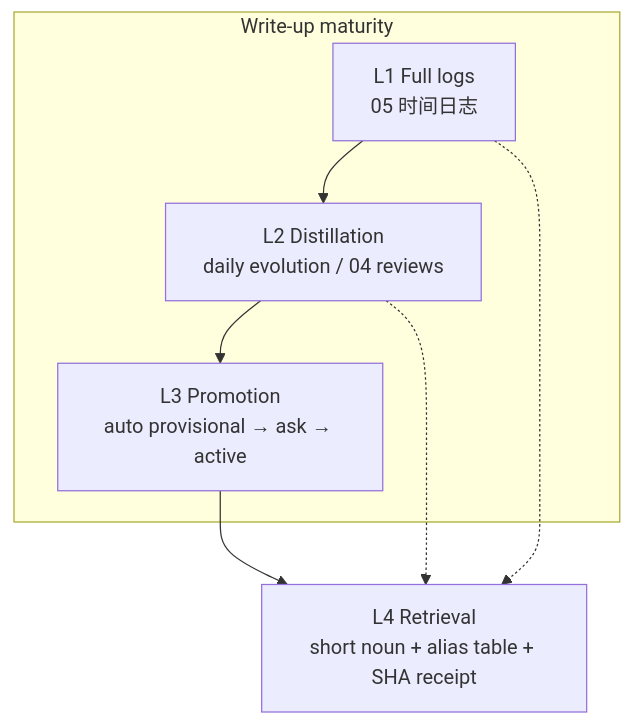
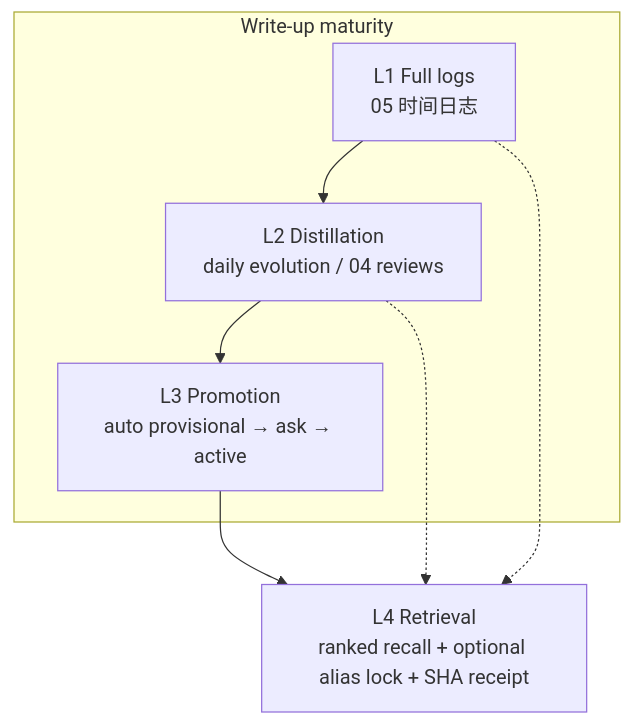
One commit to 398894496-arch/DSH-KRouter changed the diagram in docs/ARCHITECTURE.md. Above: the diagram before and after it, drawn with Mermaid. The commit also changed other lines of this file and 5 other files, not shown here.

First line of the commit message:
Docs: describe retrieval as it is (ranked recall first, optional alias lock); FOR-AGENTS common misreadings

````diff
--- a/docs/ARCHITECTURE.md
+++ b/docs/ARCHITECTURE.md
@@ -35,13 +35,13 @@
 ```mermaid
 flowchart TB
   subgraph write ["Write-up maturity"]
     L1["L1 Full logs<br/>05 时间日志"]
     L2["L2 Distillation<br/>daily evolution / 04 reviews"]
     L3["L3 Promotion<br/>auto provisional → ask → active"]
     L1 --> L2 --> L3
   end
-  L4["L4 Retrieval<br/>short noun + alias table + SHA receipt"]
+  L4["L4 Retrieval<br/>ranked recall + optional alias lock + SHA receipt"]
   L3 --> L4
   L1 -.-> L4
   L2 -.-> L4
 ```
````
